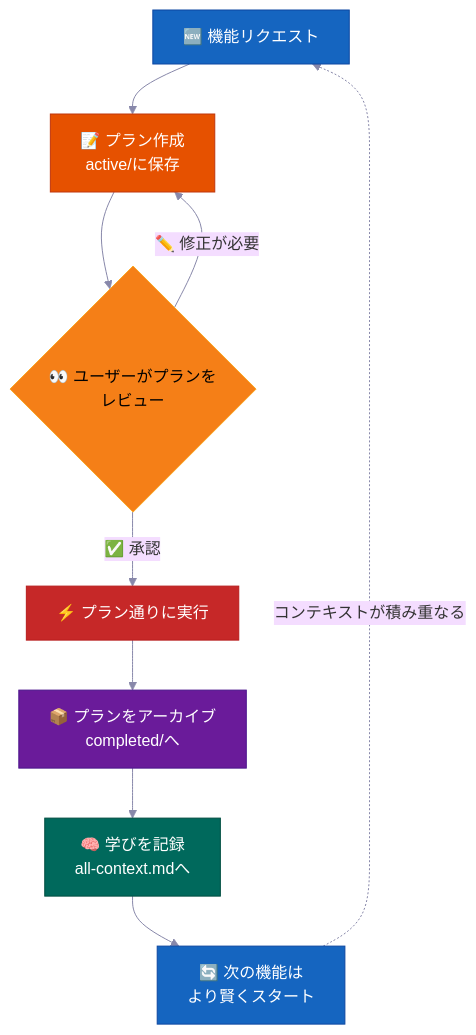
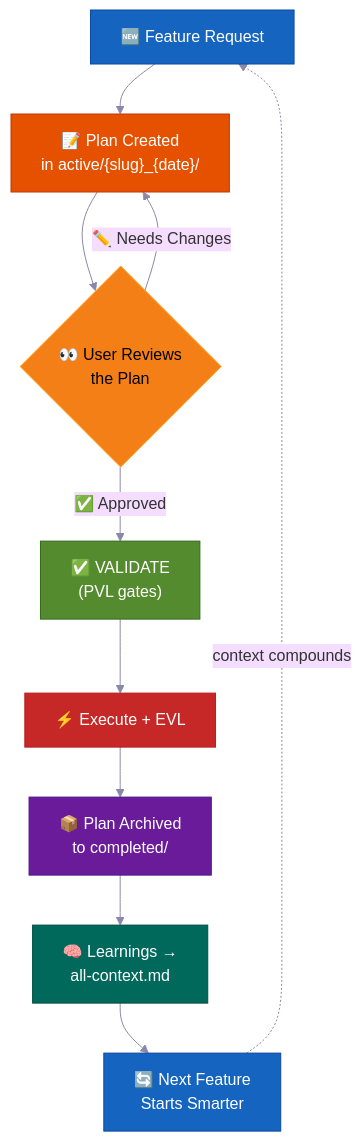
One commit to Erlangga15/vibecode-pro-max-kit changed the tenth of 14 diagrams in docs/i18n/README.ja-JP.md. Above: the diagram before and after it, drawn with Mermaid. The commit also changed other lines of this file and 43 other files, not shown here.

````diff
--- a/docs/i18n/README.ja-JP.md
+++ b/docs/i18n/README.ja-JP.md
@@ -858,28 +1142,26 @@
 ```mermaid
 %%{init: {'theme': 'base', 'themeVariables': {'fontSize': '16px', 'lineColor': '#8888AA'}} }%%
 flowchart TD
-    A["🆕 機能リクエスト"]
-    B["📝 プラン作成\nactive/に保存"]
-    C{"👀 ユーザーがプランを\nレビュー"}
-    D["⚡ プラン通りに実行"]
-    E["📦 プランをアーカイブ\ncompleted/へ"]
-    F["🧠 学びを記録\nall-context.mdへ"]
-    G["🔄 次の機能は\nより賢くスタート"]
+    A["🆕 Feature Request"]
+    B["📝 Plan Created\nin active/{slug}_{date}/"]
+    C{"👀 User Reviews\nthe Plan"}
+    D["✅ VALIDATE\n(PVL gates)"]
+    E["⚡ Execute + EVL"]
+    F["📦 Plan Archived\nto completed/"]
+    G["🧠 Learnings →\nall-context.md"]
+    H["🔄 Next Feature\nStarts Smarter"]
 
-    A --> B
-    B --> C
-    C -->|"✅ 承認"| D
-    C -->|"✏️ 修正が必要"| B
-    D --> E
-    E --> F
-    F --> G
-    G -.->|"コンテキストが積み重なる"| A
+    A --> B --> C
+    C -->|"✏️ Needs Changes"| B
+    C -->|"✅ Approved"| D --> E --> F --> G --> H
+    H -.->|"context compounds"| A
 
     style A fill:#1565C0,stroke:#0D47A1,color:#FFFFFF
     style B fill:#E65100,stroke:#BF360C,color:#FFFFFF
     style C fill:#F57F17,stroke:#F9A825,color:#000000
-    style D fill:#C62828,stroke:#B71C1C,color:#FFFFFF
-    style E fill:#6A1B9A,stroke:#4A148C,color:#FFFFFF
-    style F fill:#00695C,stroke:#004D40,color:#FFFFFF
-    style G fill:#1565C0,stroke:#0D47A1,color:#FFFFFF
+    style D fill:#558B2F,stroke:#33691E,color:#FFFFFF
+    style E fill:#C62828,stroke:#B71C1C,color:#FFFFFF
+    style F fill:#6A1B9A,stroke:#4A148C,color:#FFFFFF
+    style G fill:#00695C,stroke:#004D40,color:#FFFFFF
+    style H fill:#1565C0,stroke:#0D47A1,color:#FFFFFF
 ```
````
